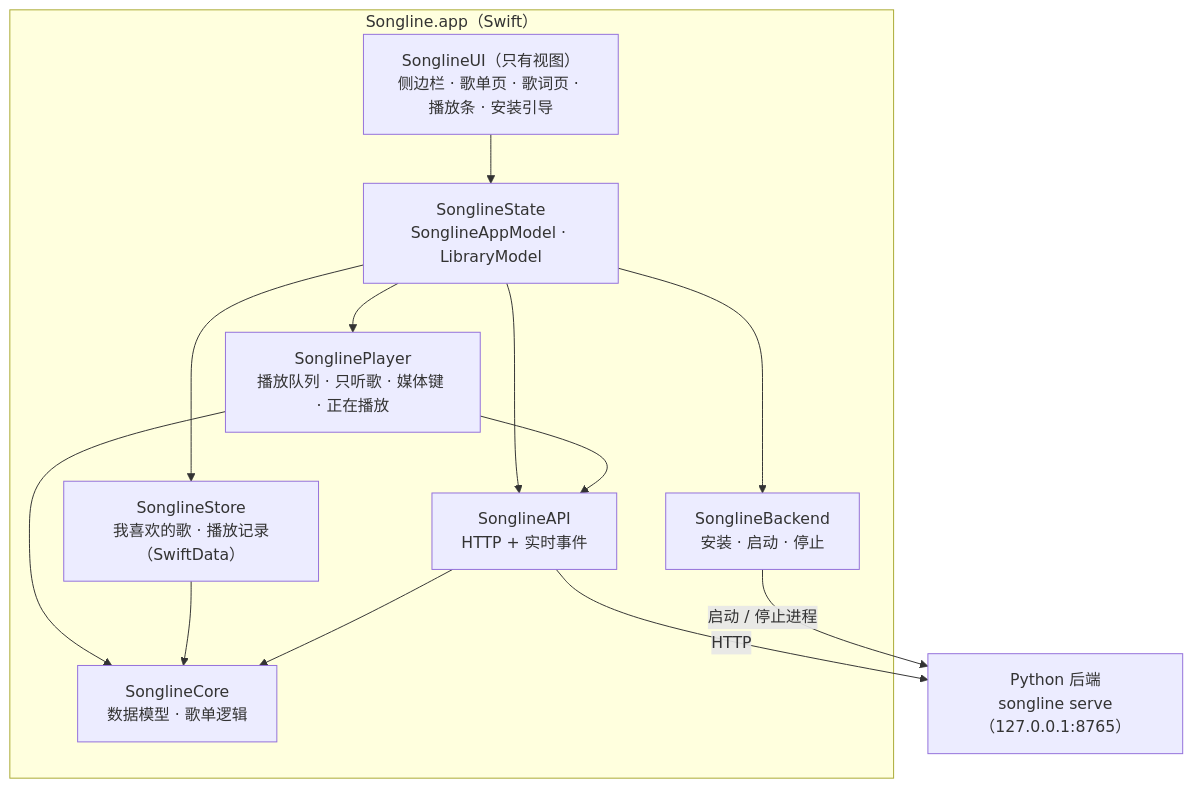
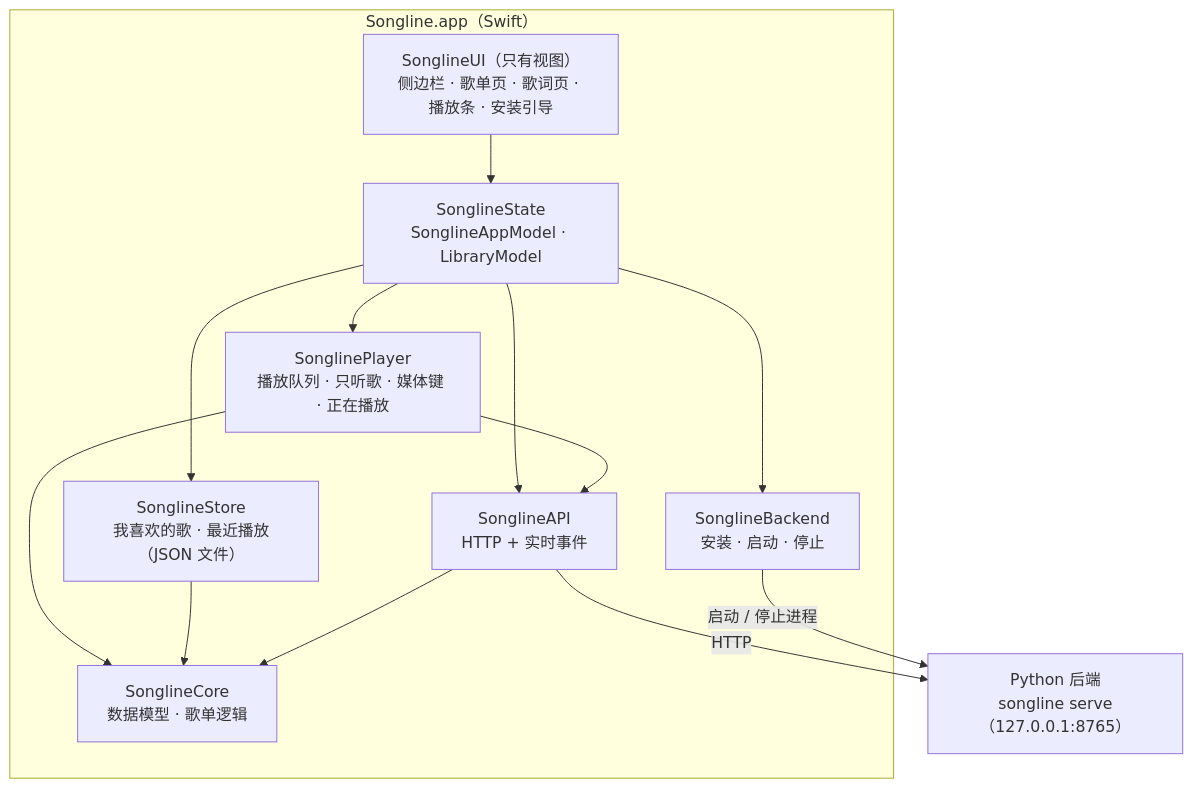
Before and after one commit to mbmmhk/bilibili-audio-extractor: the diagram in mac/ARCHITECTURE.md, drawn with Mermaid. The commit also changed other lines of this file and 16 other files, not shown here.

````diff
--- a/mac/ARCHITECTURE.md
+++ b/mac/ARCHITECTURE.md
@@ -49,22 +49,22 @@
 ```mermaid
 flowchart TB
   subgraph App["Songline.app（Swift）"]
     UI["SonglineUI（只有视图）<br/>侧边栏 · 歌单页 · 歌词页 · 播放条 · 安装引导"]
     State["SonglineState<br/>SonglineAppModel · LibraryModel"]
     Player["SonglinePlayer<br/>播放队列 · 只听歌 · 媒体键 · 正在播放"]
-    Store["SonglineStore<br/>我喜欢的歌 · 播放记录（SwiftData）"]
+    Store["SonglineStore<br/>我喜欢的歌 · 最近播放（JSON 文件）"]
     API["SonglineAPI<br/>HTTP + 实时事件"]
     Backend["SonglineBackend<br/>安装 · 启动 · 停止"]
     Core["SonglineCore<br/>数据模型 · 歌单逻辑"]
   end
   Py["Python 后端<br/>songline serve（127.0.0.1:8765）"]
 
   UI --> State
   State --> Player & Store & API & Backend
   Player --> API
   Player --> Core
   Store --> Core
   API --> Core
   API -- HTTP --> Py
   Backend -- 启动 / 停止进程 --> Py
 ```
````
